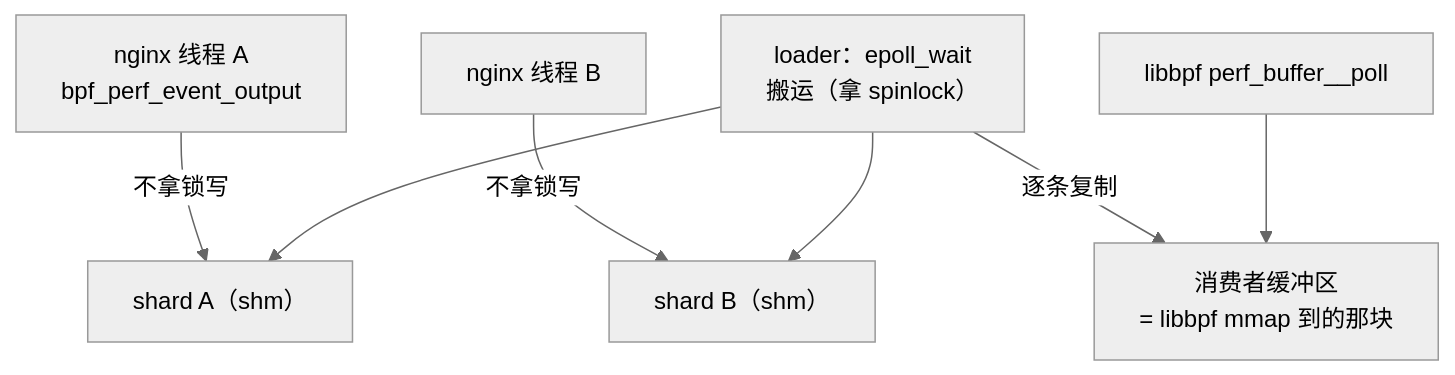
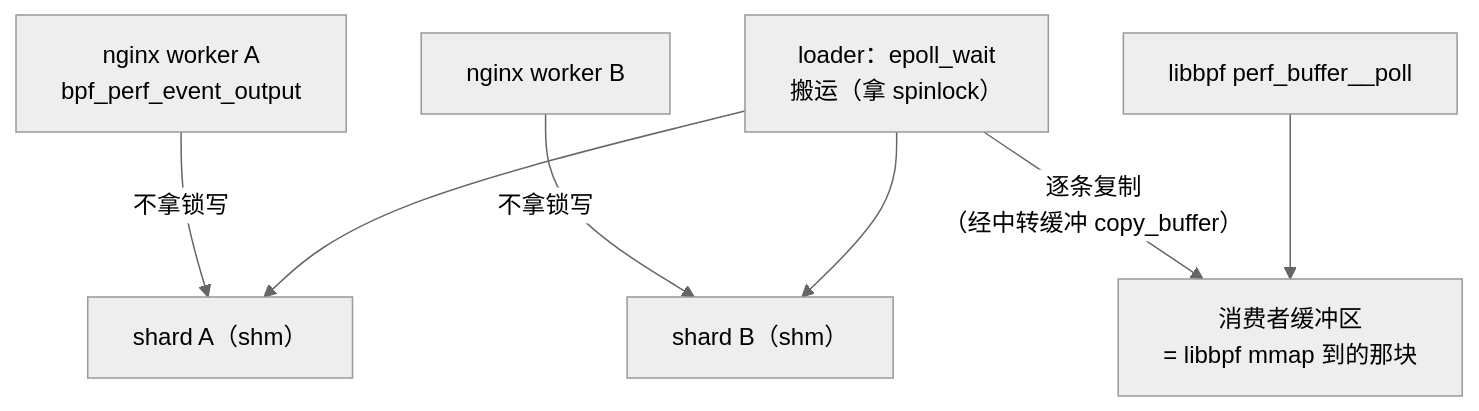
One commit to plsy1/bpftime-benchmark changed the fourth of 4 diagrams in 01-lifecycle.md. Above: the diagram before and after it, drawn with Mermaid (neutral theme). The commit also changed other lines of this file and 40 other files, not shown here.

````diff
--- a/01-lifecycle.md
+++ b/01-lifecycle.md
@@ -539,9 +514,9 @@
 ```mermaid
 graph TD
-    W1["nginx 线程 A<br/>bpf_perf_event_output"] -->|不拿锁写| S1["shard A（shm）"]
-    W2["nginx 线程 B"] -->|不拿锁写| S2["shard B（shm）"]
+    W1["nginx worker A<br/>bpf_perf_event_output"] -->|不拿锁写| S1["shard A（shm）"]
+    W2["nginx worker B"] -->|不拿锁写| S2["shard B（shm）"]
     DR["loader：epoll_wait<br/>搬运（拿 spinlock）"] --> S1
     DR --> S2
-    DR -->|逐条复制| CB["消费者缓冲区<br/>= libbpf mmap 到的那块"]
+    DR -->|逐条复制<br/>（经中转缓冲 copy_buffer）| CB["消费者缓冲区<br/>= libbpf mmap 到的那块"]
     LB["libbpf perf_buffer__poll"] --> CB
 ```
````
